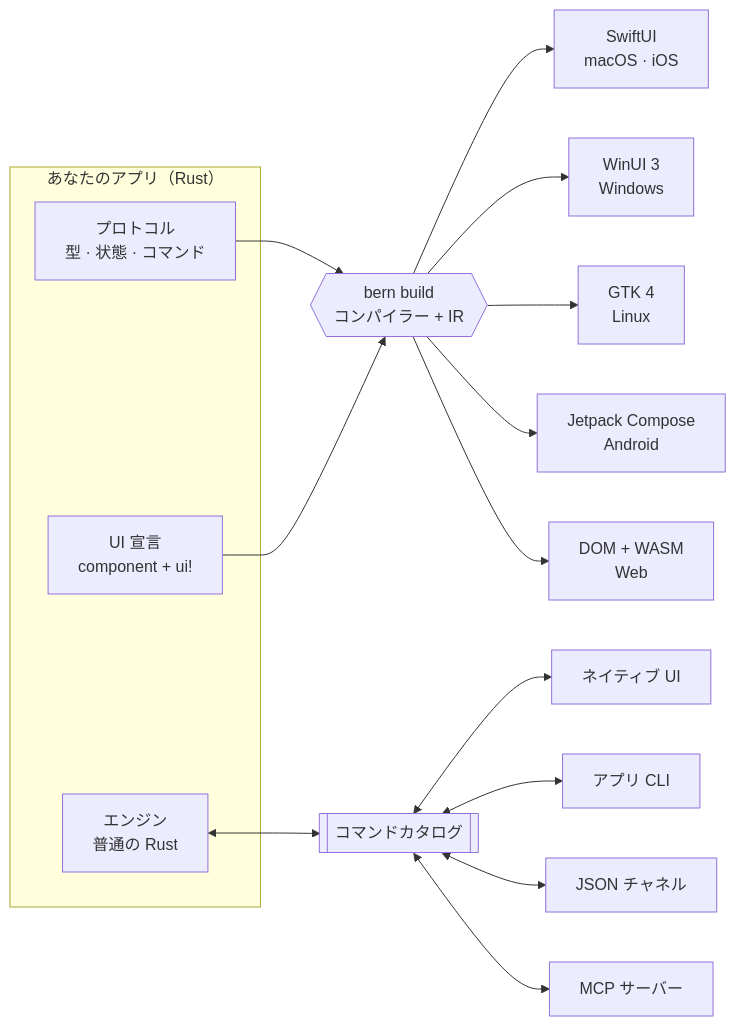
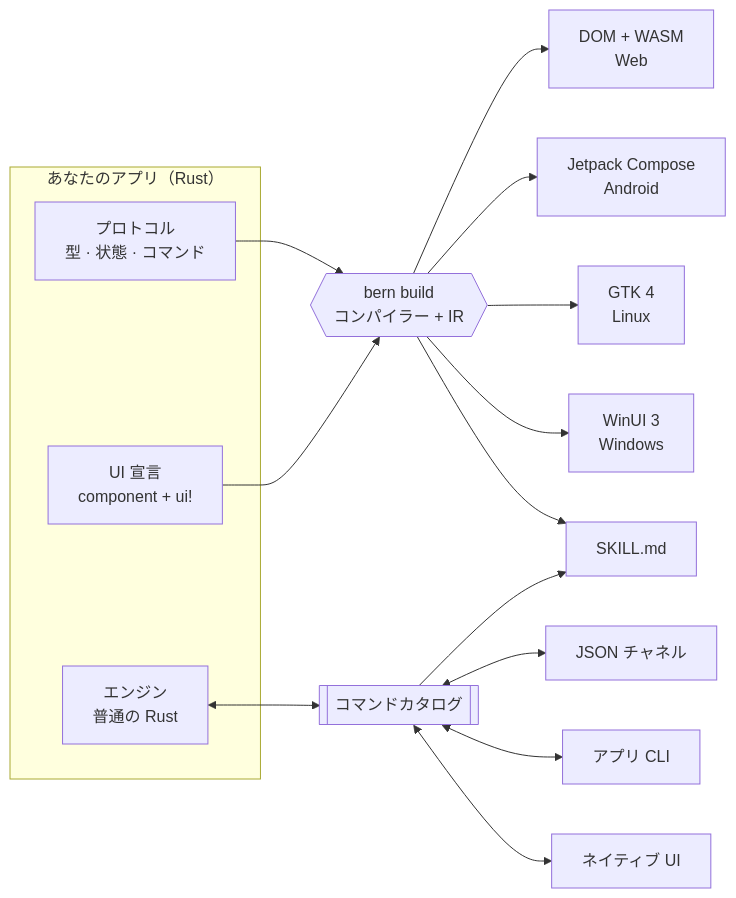
One commit to AimesSoft/Bern changed the diagram in README.ja.md. Above: the diagram before and after it, drawn with Mermaid. The commit also changed other lines of this file and 139 other files, not shown here.

First line of the commit message:
移除内置 MCP 服务，保留应用 CLI 与自动生成的 Skill (#118)

````diff
--- a/README.ja.md
+++ b/README.ja.md
@@ -192,20 +192,20 @@
 ```mermaid
 flowchart LR
     subgraph app["あなたのアプリ（Rust）"]
         P["プロトコル<br/>型 · 状態 · コマンド"]
         U["UI 宣言<br/>component + ui!"]
         E["エンジン<br/>普通の Rust"]
     end
     P --> C{{"bern build<br/>コンパイラー + IR"}}
     U --> C
     C --> S["SwiftUI<br/>macOS · iOS"]
     C --> W["WinUI 3<br/>Windows"]
     C --> G["GTK 4<br/>Linux"]
     C --> A["Jetpack Compose<br/>Android"]
     C --> B["DOM + WASM<br/>Web"]
     E <--> K[["コマンドカタログ"]]
     K <--> N["ネイティブ UI"]
     K <--> L["アプリ CLI"]
     K <--> J["JSON チャネル"]
-    K <--> M["MCP サーバー"]
+    K --> S["SKILL.md"]
 ```
````
